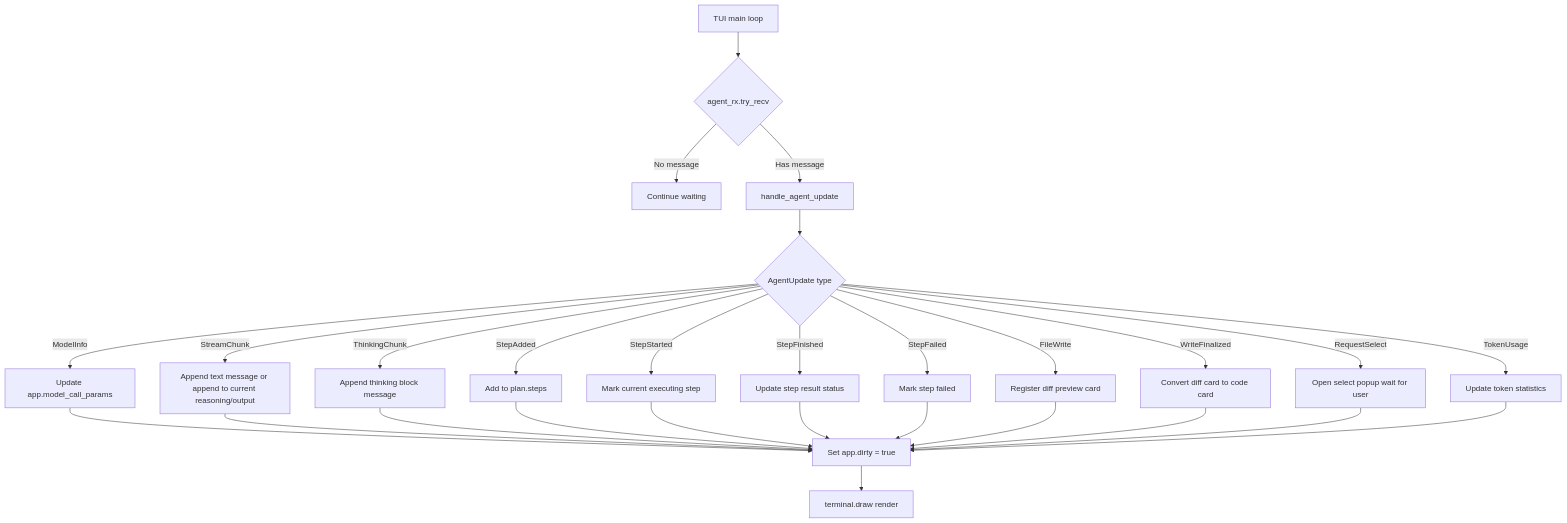
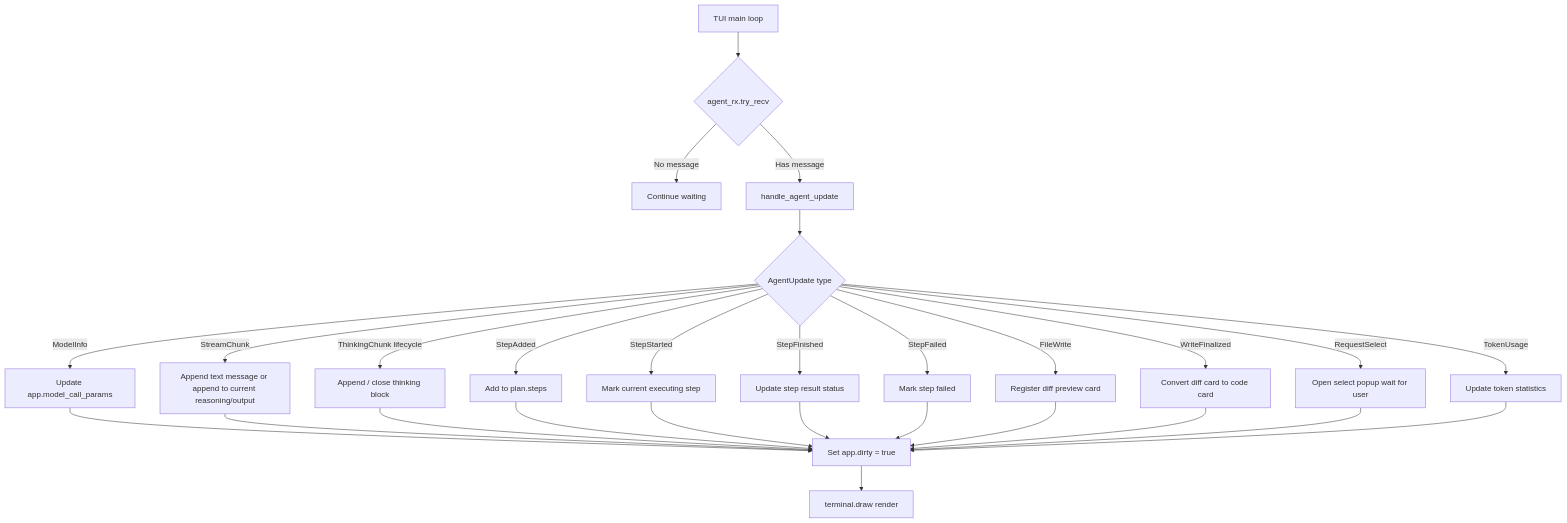
The fifth of 6 diagrams in docs/batch_tools_flow.md (rust-infra/tact), drawn with Mermaid before and after one commit. The commit also changed other lines of this file and 16 other files, not shown here.

First line of the commit message:
refactor(protocol): make ThinkingChunk an explicit Started/Delta/Finished lifecycle

````diff
--- a/docs/batch_tools_flow.md
+++ b/docs/batch_tools_flow.md
@@ -176,34 +176,34 @@
 ```mermaid
 flowchart TD
     A[TUI main loop] --> B{agent_rx.try_recv}
     B -->|No message| C[Continue waiting]
     B -->|Has message| D[handle_agent_update]
 
     D --> E{AgentUpdate type}
 
     E -->|ModelInfo| F[Update app.model_call_params]
     E -->|StreamChunk| G[Append text message or append to current reasoning/output]
-    E -->|ThinkingChunk| H[Append thinking block message]
+    E -->|ThinkingChunk lifecycle| H[Append / close thinking block]
     E -->|StepAdded| I[Add to plan.steps]
     E -->|StepStarted| J[Mark current executing step]
     E -->|StepFinished| K[Update step result status]
     E -->|StepFailed| L[Mark step failed]
     E -->|FileWrite| M[Register diff preview card]
     E -->|WriteFinalized| N[Convert diff card to code card]
     E -->|RequestSelect| O[Open select popup wait for user]
     E -->|TokenUsage| P[Update token statistics]
 
     F --> Q[Set app.dirty = true]
     G --> Q
     H --> Q
     I --> Q
     J --> Q
     K --> Q
     L --> Q
     M --> Q
     N --> Q
     O --> Q
     P --> Q
 
     Q --> R[terminal.draw render]
 ```
````
